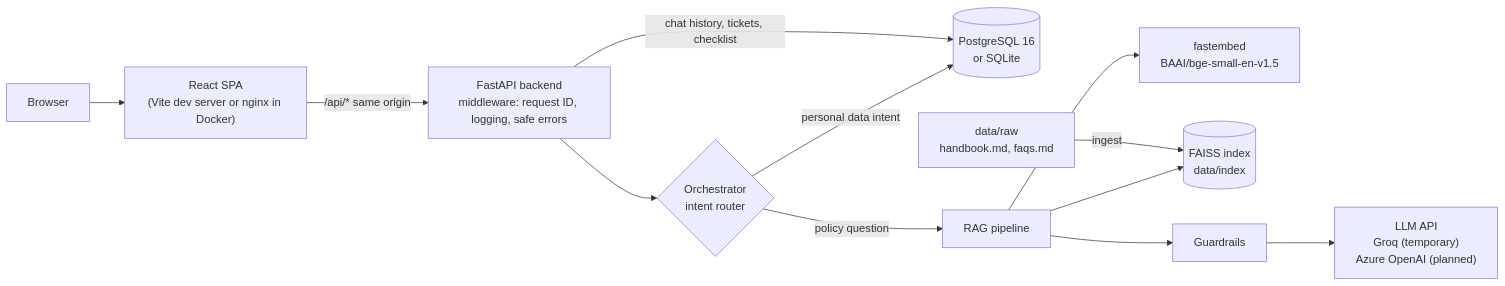
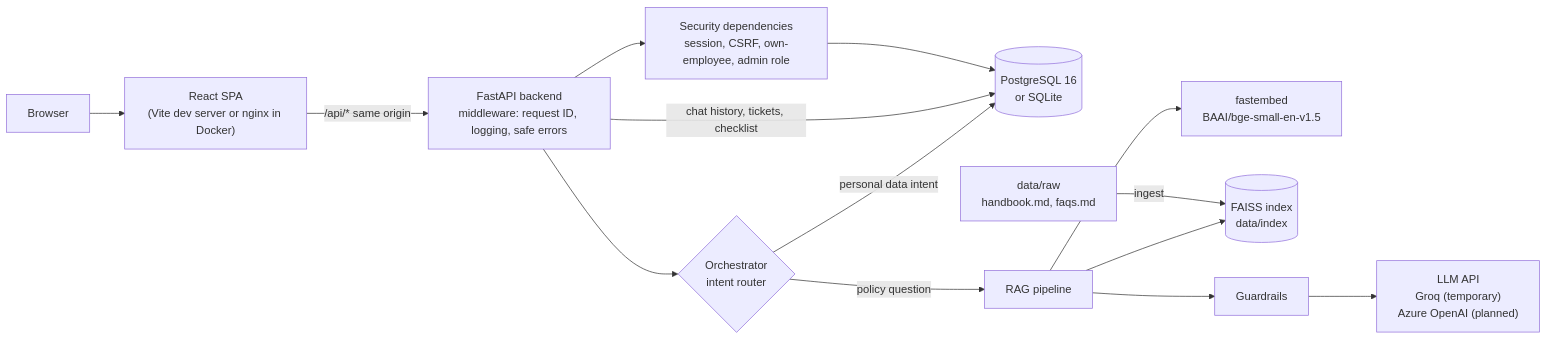
Before and after one commit to Eliksha/employee-onboarding-assistant: the first of 3 diagrams in docs/architecture.md, drawn with Mermaid. The commit also changed other lines of this file and 28 other files, not shown here.

````diff
--- a/docs/architecture.md
+++ b/docs/architecture.md
@@ -7,14 +7,16 @@
 ```mermaid
 flowchart LR
     user["Browser"] --> fe["React SPA<br/>(Vite dev server or nginx in Docker)"]
     fe -->|"/api/* same origin"| api["FastAPI backend<br/>middleware: request ID, logging, safe errors"]
     api --> orch{"Orchestrator<br/>intent router"}
     orch -->|"personal data intent"| edb[("PostgreSQL 16<br/>or SQLite")]
     orch -->|"policy question"| rag["RAG pipeline"]
     rag --> emb["fastembed<br/>BAAI/bge-small-en-v1.5"]
     rag --> idx[("FAISS index<br/>data/index")]
     rag --> guard["Guardrails"]
     guard --> llm["LLM API<br/>Groq (temporary)<br/>Azure OpenAI (planned)"]
     api -->|"chat history, tickets, checklist"| edb
+    api --> sec["Security dependencies<br/>session, CSRF, own-employee, admin role"]
+    sec --> edb
     raw["data/raw<br/>handbook.md, faqs.md"] -->|"ingest"| idx
 ```
````
